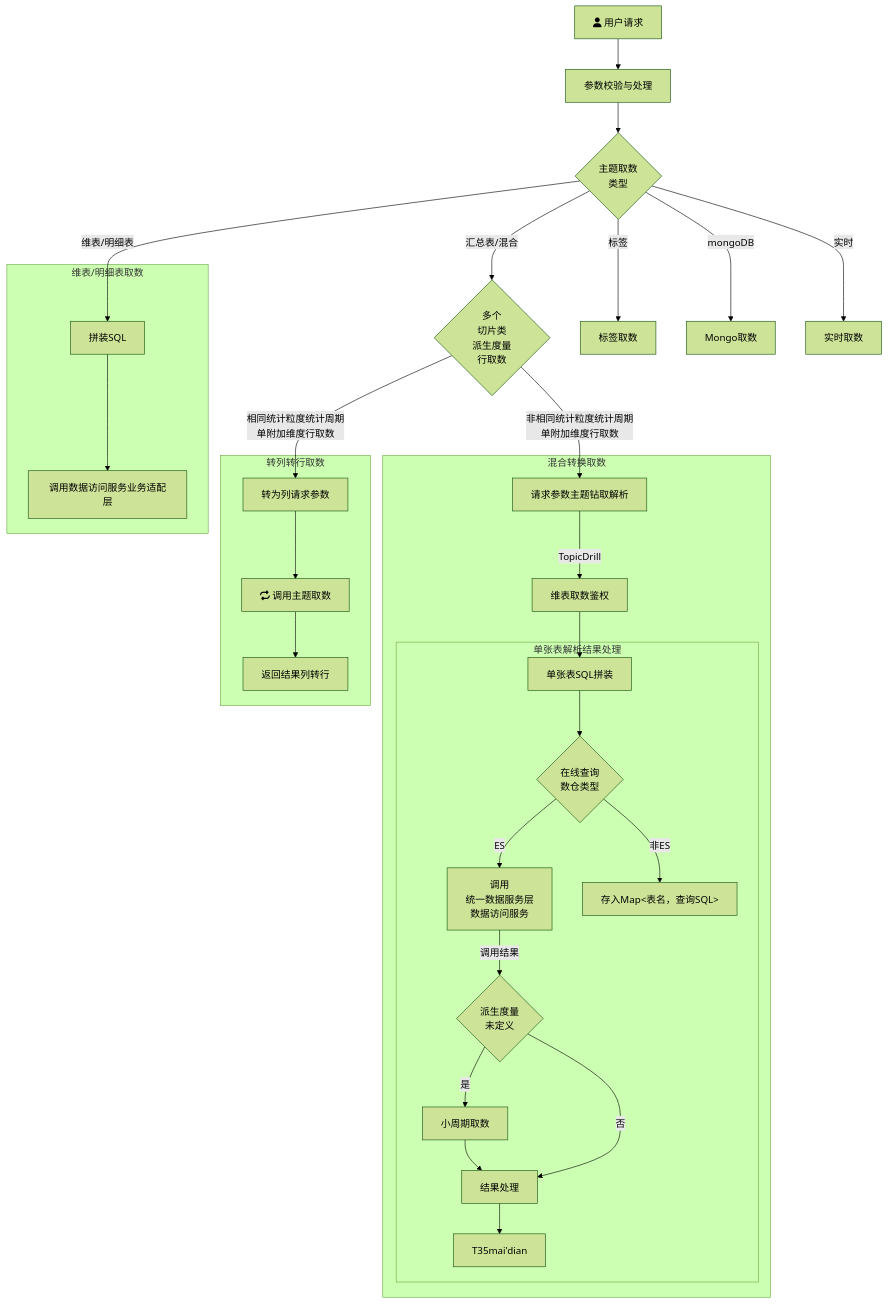
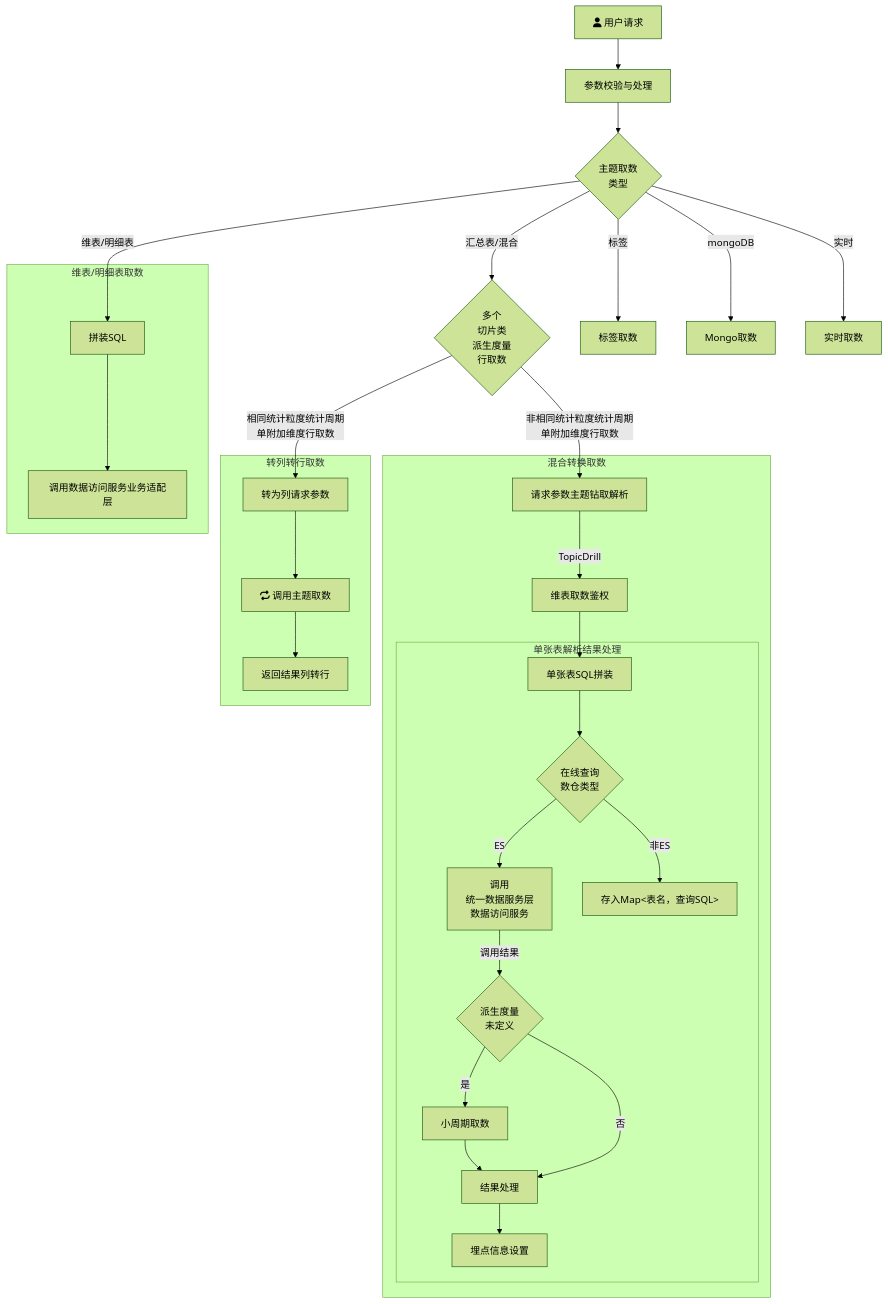
Before and after one commit to yanglosm/iodraw-files: the diagram in all/未命名.md, drawn with Mermaid (forest theme).

Commit message:
2024-11-29 19:12:07 update

````diff
--- a/all/未命名.md
+++ b/all/未命名.md
@@ -1,26 +1,26 @@
 ```mermaid
 flowchart TD
     A[fa:fa-user 用户请求] -->A1[参数校验与处理] --> B{主题取数\n类型}
     B -->|维表/明细表| D[拼装SQL]
     B -->|汇总表/混合| E{多个\n切片类\n派生度量\n行取数}
     B -->|标签| F[标签取数]
     B -->|mongoDB| G[Mongo取数]
     B -->|实时| H[实时取数]
     E -->|相同统计粒度统计周期\n单附加维度行取数| E1[转为列请求参数]
     E -->|非相同统计粒度统计周期\n单附加维度行取数| T1[请求参数主题钻取解析]
     subgraph 维表/明细表取数
     D-->D1[调用数据访问服务业务适配层]
     end
     subgraph 转列转行取数
     E1-->E11[fa:fa-repeat 调用主题取数]-->E12[返回结果列转行]
     end
     subgraph 混合转换取数
     T1-->|TopicDrill| T2[维表取数鉴权] --> T31[单张表SQL拼装]
         subgraph 单张表解析结果处理
         T31 --> T4{在线查询\n数仓类型}-->|ES|T32[调用\n统一数据服务层\n数据访问服务] --> |调用结果|T33{派生度量\n未定义}
-        T33 --> |是|T33_1[小周期取数]-->T34[结果处理]-->T35mai'dian
+        T33 --> |是|T33_1[小周期取数]-->T34[结果处理]-->T35[埋点信息设置]
         T33 --> |否|T34
         T4 --> |非ES|T41["存入Map<表名，查询SQL>"]
         end
     end
 ```
````
